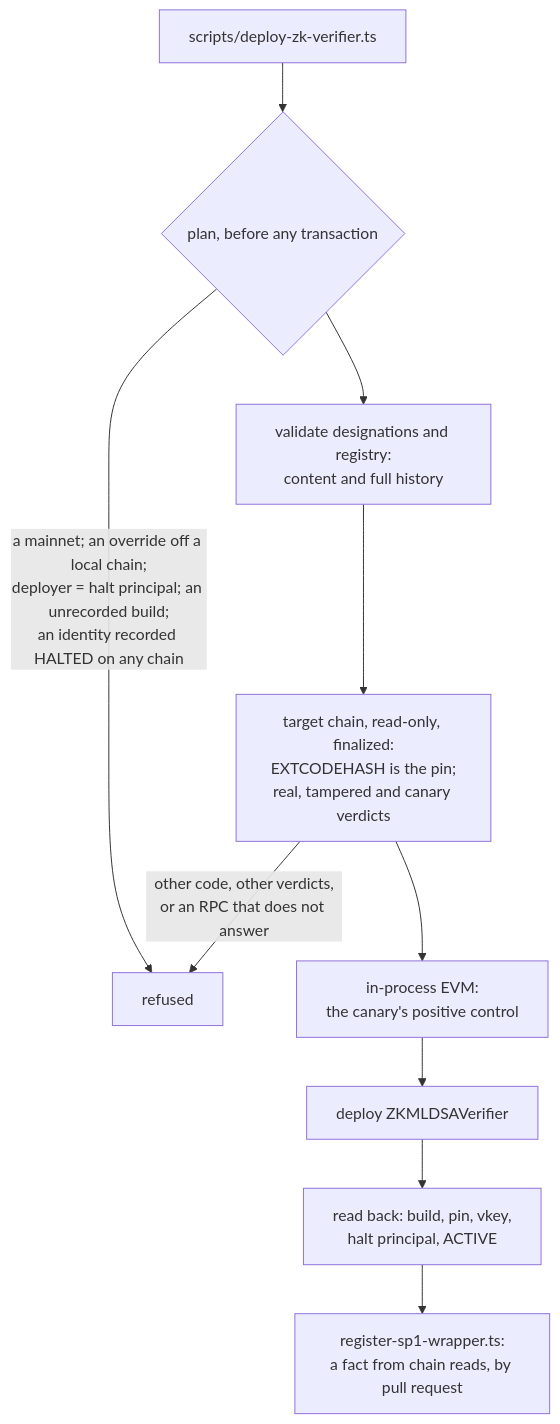
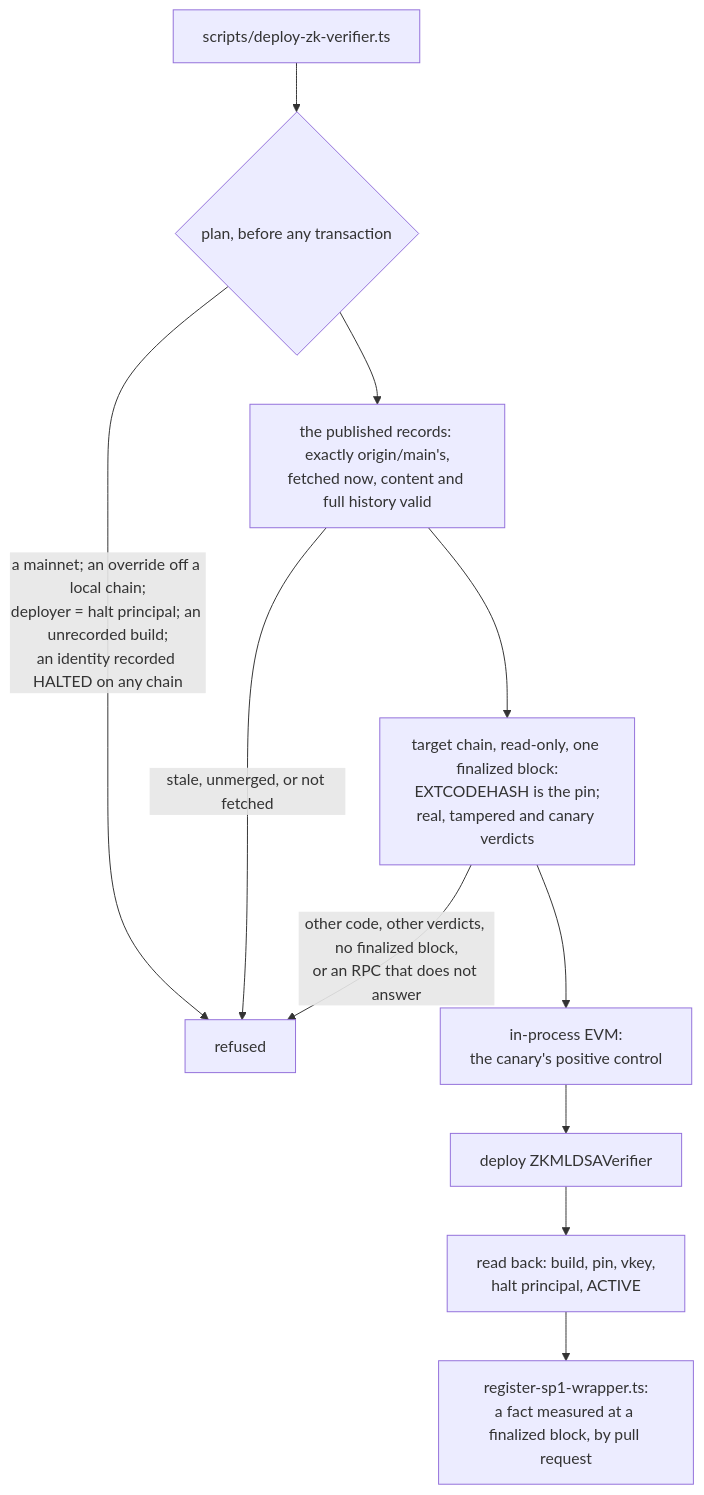
One commit to Wallet-Wall/walletwall-vault changed the second of 3 diagrams in docs/SP1_Implementation_Pin_Designation_Registry.md. Above: the diagram before and after it, drawn with Mermaid. The commit also changed other lines of this file and 4 other files, not shown here.

````diff
--- a/docs/SP1_Implementation_Pin_Designation_Registry.md
+++ b/docs/SP1_Implementation_Pin_Designation_Registry.md
@@ -186,12 +239,13 @@
 ```mermaid
 flowchart TD
   A["scripts/deploy-zk-verifier.ts"] --> B{"plan, before any transaction"}
   B -- "a mainnet; an override off a local chain;<br/>deployer = halt principal; an unrecorded build;<br/>an identity recorded HALTED on any chain" --> X["refused"]
-  B --> C["validate designations and registry:<br/>content and full history"]
-  C --> D["target chain, read-only, finalized:<br/>EXTCODEHASH is the pin;<br/>real, tampered and canary verdicts"]
-  D -- "other code, other verdicts,<br/>or an RPC that does not answer" --> X
+  B --> C["the published records: exactly origin/main's,<br/>fetched now, content and full history valid"]
+  C -- "stale, unmerged, or not fetched" --> X
+  C --> D["target chain, read-only, one finalized block:<br/>EXTCODEHASH is the pin;<br/>real, tampered and canary verdicts"]
+  D -- "other code, other verdicts, no finalized block,<br/>or an RPC that does not answer" --> X
   D --> E["in-process EVM:<br/>the canary's positive control"]
   E --> F["deploy ZKMLDSAVerifier"]
   F --> G["read back: build, pin, vkey,<br/>halt principal, ACTIVE"]
-  G --> H["register-sp1-wrapper.ts:<br/>a fact from chain reads, by pull request"]
+  G --> H["register-sp1-wrapper.ts:<br/>a fact measured at a finalized block, by pull request"]
 ```
````
